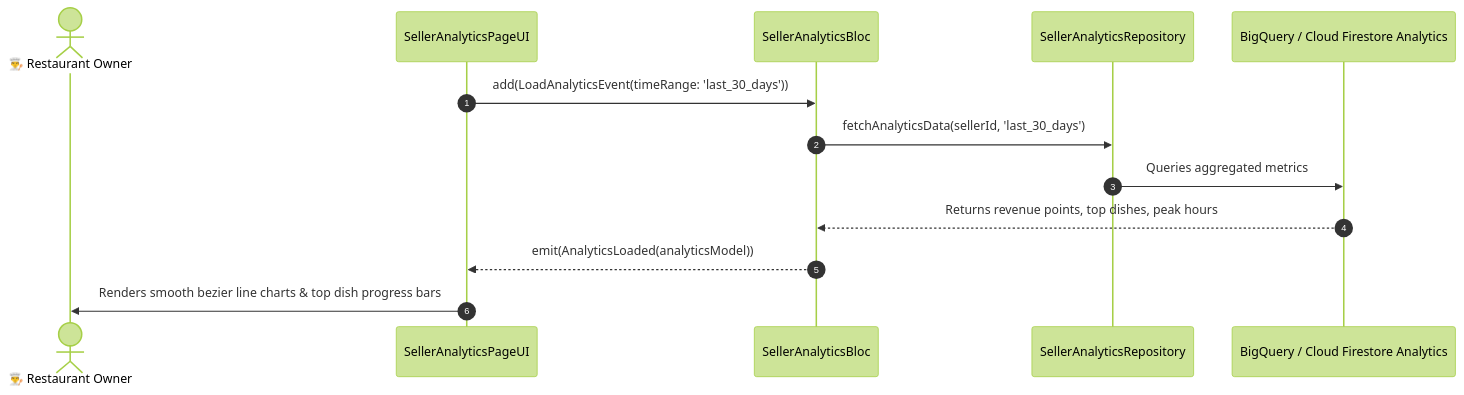
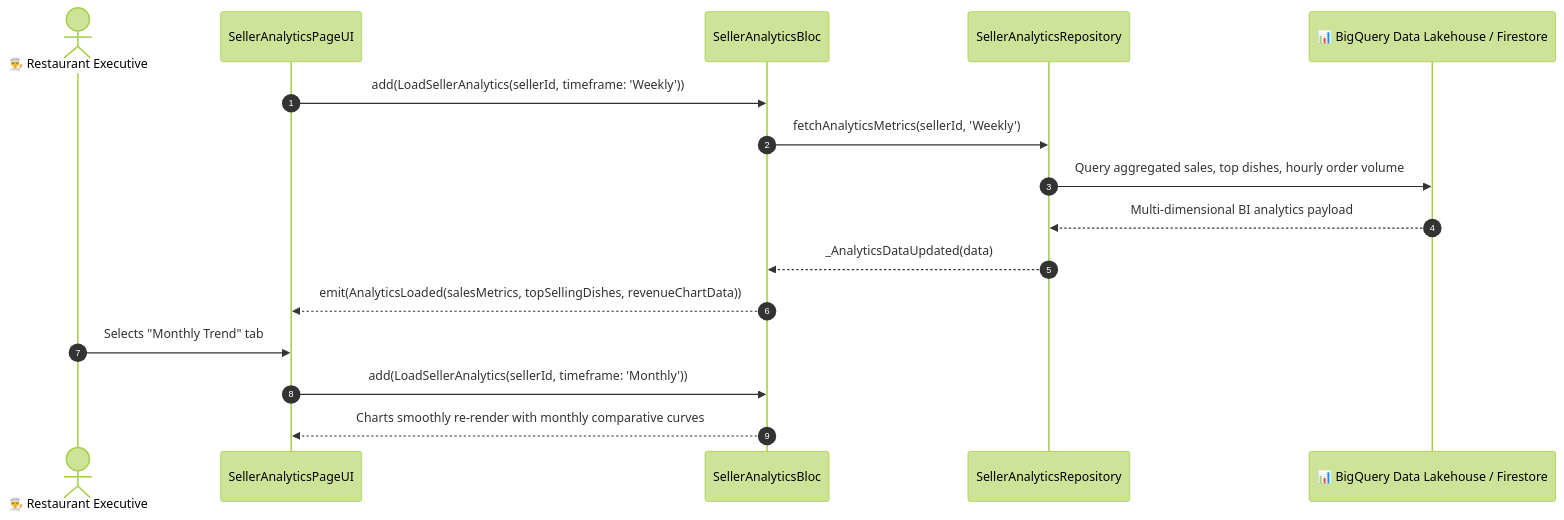
The diagram in md_files/04_Seller_Human_Journey_And_Testing/07_Finance_Payouts_Analytics_And_Settings/28_SELLER_ANALYTICS_PAGE.md (SRIKUMAR10/food_delivery_app), drawn with Mermaid (forest theme) before and after one commit. The commit also changed other lines of this file and 204 other files, not shown here.

````diff
--- a/md_files/04_Seller_Human_Journey_And_Testing/07_Finance_Payouts_Analytics_And_Settings/28_SELLER_ANALYTICS_PAGE.md
+++ b/md_files/04_Seller_Human_Journey_And_Testing/07_Finance_Payouts_Analytics_And_Settings/28_SELLER_ANALYTICS_PAGE.md
@@ -17,16 +18,19 @@
 ```mermaid
 sequenceDiagram
     autonumber
-    actor Seller as 👨‍🍳 Restaurant Owner
+    actor Manager as 👨‍🍳 Restaurant Executive
     participant UI as SellerAnalyticsPageUI
     participant Bloc as SellerAnalyticsBloc
     participant Repo as SellerAnalyticsRepository
-    participant DW as BigQuery / Cloud Firestore Analytics
+    participant BQ as 📊 BigQuery Data Lakehouse / Firestore
 
-    UI->>Bloc: add(LoadAnalyticsEvent(timeRange: 'last_30_days'))
-    Bloc->>Repo: fetchAnalyticsData(sellerId, 'last_30_days')
-    Repo->>DW: Queries aggregated metrics
-    DW-->>Bloc: Returns revenue points, top dishes, peak hours
-    Bloc-->>UI: emit(AnalyticsLoaded(analyticsModel))
-    UI->>Seller: Renders smooth bezier line charts & top dish progress bars
+    UI->>Bloc: add(LoadSellerAnalytics(sellerId, timeframe: 'Weekly'))
+    Bloc->>Repo: fetchAnalyticsMetrics(sellerId, 'Weekly')
+    Repo->>BQ: Query aggregated sales, top dishes, hourly order volume
+    BQ-->>Repo: Multi-dimensional BI analytics payload
+    Repo-->>Bloc: _AnalyticsDataUpdated(data)
+    Bloc-->>UI: emit(AnalyticsLoaded(salesMetrics, topSellingDishes, revenueChartData))
+    Manager->>UI: Selects "Monthly Trend" tab
+    UI->>Bloc: add(LoadSellerAnalytics(sellerId, timeframe: 'Monthly'))
+    Bloc-->>UI: Charts smoothly re-render with monthly comparative curves
 ```
````
